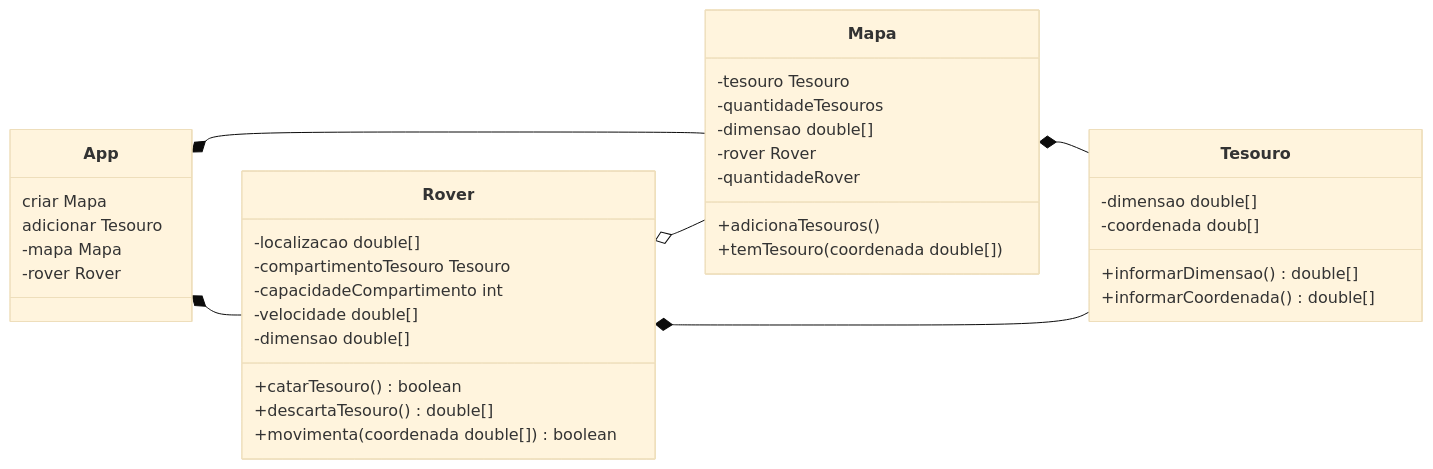
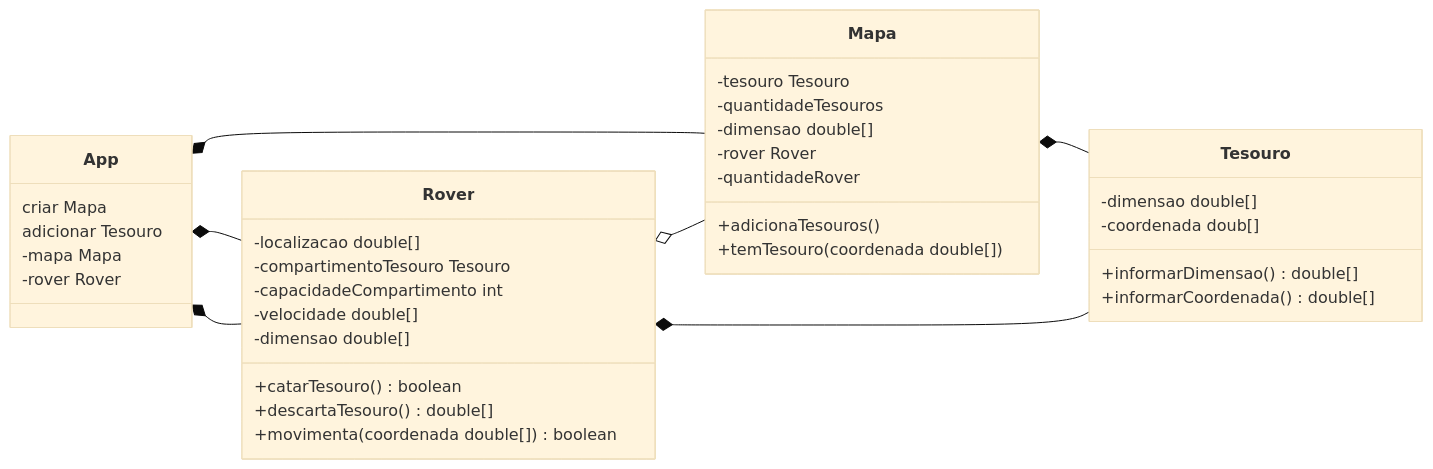
One commit to jailson-p/RoverCataTesouros changed the diagram in modelagem.md. Above: the diagram before and after it, drawn with Mermaid (base theme). The commit also changed 3 other files, not shown here.

Commit message:
modelagem UML do projeto 0.1, início dos trabalhos

````diff
--- a/modelagem.md
+++ b/modelagem.md
@@ -2,46 +2,50 @@
 ```mermaid
 classDiagram
     direction LR
     
     class App{
         criar Mapa
         adicionar Tesouro
       -mapa Mapa
       -rover Rover
     }
     
     class Rover{
         -localizacao double[]
         -compartimentoTesouro Tesouro
         -capacidadeCompartimento int
         -velocidade double[]
         -dimensao double[]
         +catarTesouro() boolean
         +descartaTesouro() double[]
         +movimenta(coordenada double[]) boolean
     }
     
     class Mapa{
         -tesouro Tesouro
         -quantidadeTesouros
         -dimensao double[]
         -rover Rover
         -quantidadeRover
         
         +adicionaTesouros()
         +temTesouro(coordenada double[])
                
     } 
 
     class Tesouro{
         -dimensao double[]
         -coordenada doub[]
         +informarDimensao() double[]
         +informarCoordenada() double[]
     }
     App     *-- Mapa
+    Mapa    *-- Tesouro
     App     *-- Rover
-    Mapa    *-- Tesouro
+
+
     Rover   *-- Tesouro
     Rover   o-- Mapa
+    App     *-- Rover
+
 ```
````
